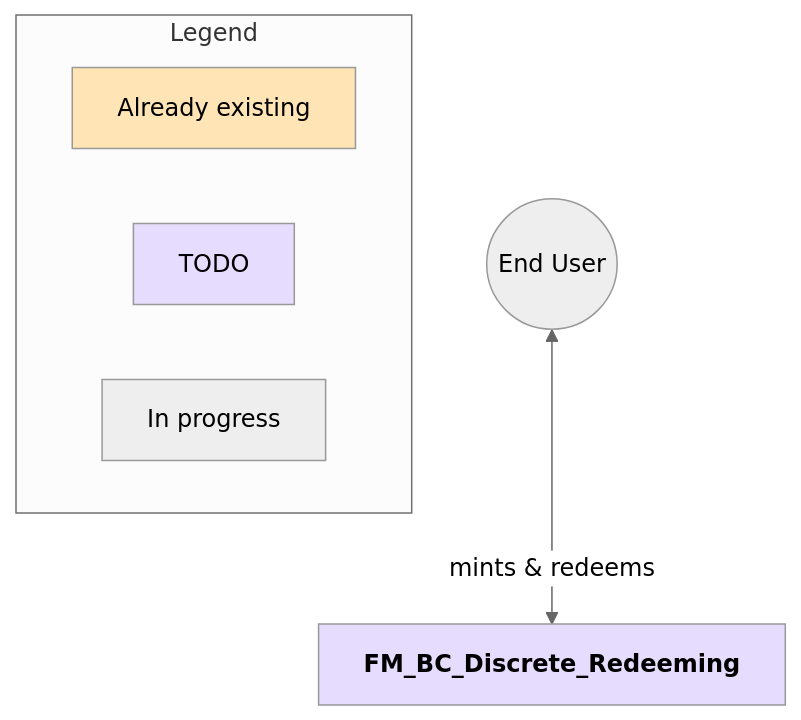
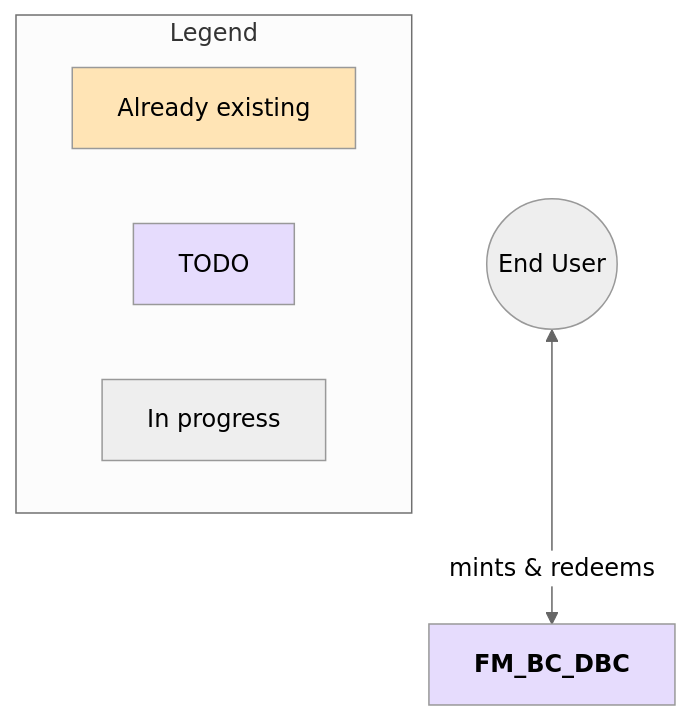
The fourth of 7 diagrams in Specs.md (InverterNetwork/contracts), drawn with Mermaid (neutral theme) before and after one commit. The commit also changed other lines of this file, not shown here.

Commit message:
specs: main workflow context diagram

````diff
--- a/Specs.md
+++ b/Specs.md
@@ -211,33 +202,33 @@
 ```mermaid
 %%{init: {'flowchart': {'curve': 'basis', 'width': 1200, 'nodeSpacing': 50, 'rankSpacing': 50}} }%%
 flowchart TD
     %% Node Definitions
     %% ---------------
     %% Core Modules
-    FM["<strong>FM_BC_Discrete_Redeeming</strong>"]
+    FM_BC_DBC["<strong>FM_BC_DBC</strong>"]
 
     %% Actors
     User(("End User"))
 
     %% Legend Definition
     %% ----------------
     subgraph Legend
         direction LR
         Existing["Already existing"]
         Todo["TODO"]
         Prog["In progress"]
     end
 
     %% Styling
     %% -------
     classDef ex fill:#FFE4B5
     classDef todo fill:#E6DCFD
     classDef prog fill:#F2F4C8
     class Existing,AUT,PP ex
-    class Todo,FM,LM_PC_FP,LM_PC_CF,LM_PC_EL,AUX_1 todo
+    class Todo,FM_BC_DBC,LM_PC_FP,LM_PC_CF,LM_PC_EL,AUX_1 todo
 
     %% Relationships
     %% ------------
     %% User Actions
-    User <--> |mints & redeems| FM
+    User <--> |mints & redeems| FM_BC_DBC
 ```
````
